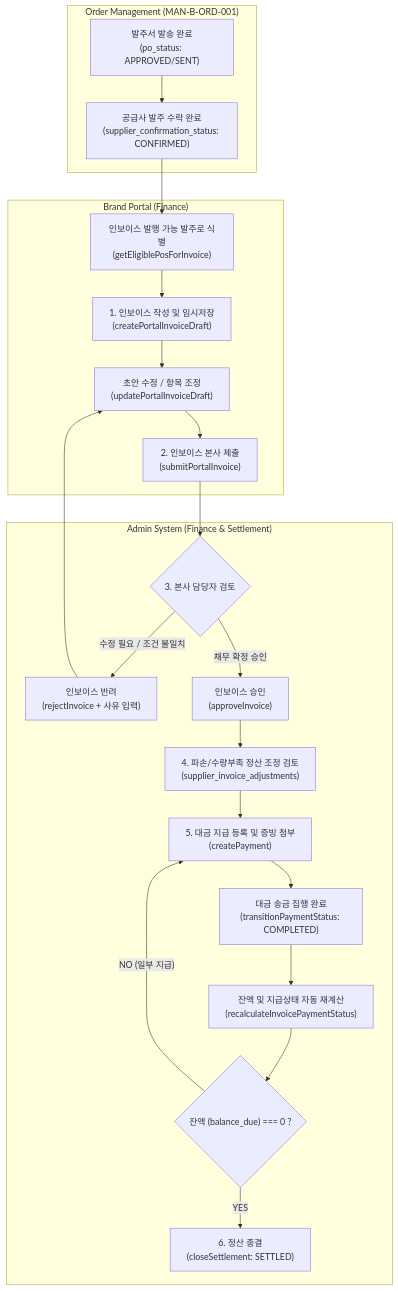
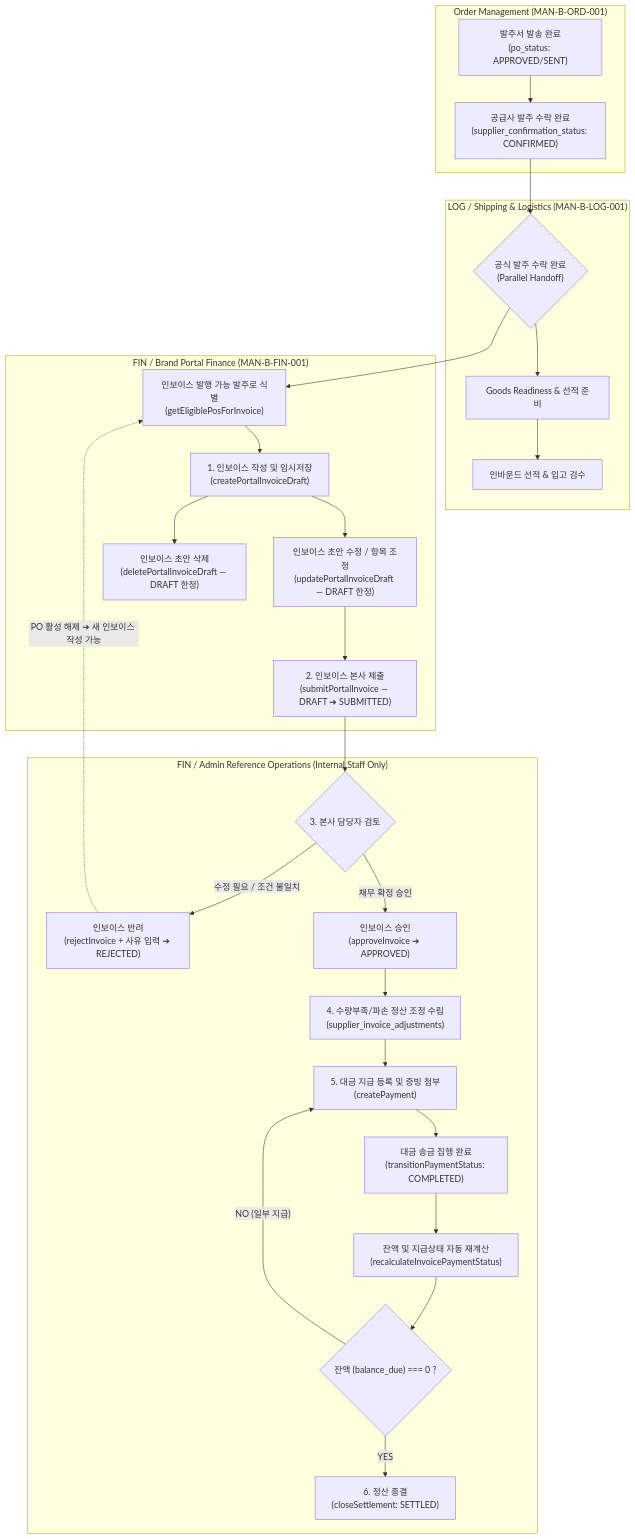
The diagram in Manuals/MAN-B-FIN-001_Finance-Settlement/01_SOURCE/MAN-B-FIN-001_Workflow_Map.md (chaehahm-Kr/KBGP-Portal), drawn with Mermaid before and after one commit. The commit also changed other lines of this file and 3 other files, not shown here.

Commit message:
docs(manual): MAN-B-FIN-001-SRC-001-R1 source integrity review and correction

````diff
--- a/Manuals/MAN-B-FIN-001_Finance-Settlement/01_SOURCE/MAN-B-FIN-001_Workflow_Map.md
+++ b/Manuals/MAN-B-FIN-001_Finance-Settlement/01_SOURCE/MAN-B-FIN-001_Workflow_Map.md
@@ -14,30 +14,38 @@
 ```mermaid
 flowchart TD
     subgraph ORD_SYSTEM["Order Management (MAN-B-ORD-001)"]
         PO_Sent["발주서 발송 완료<br/>(po_status: APPROVED/SENT)"] --> PO_Confirm["공급사 발주 수락 완료<br/>(supplier_confirmation_status: CONFIRMED)"]
     end
 
-    subgraph BRAND_PORTAL["Brand Portal (Finance)"]
-        PO_Confirm --> Inv_Eligible["인보이스 발행 가능 발주로 식별<br/>(getEligiblePosForInvoice)"]
-        Inv_Eligible --> Draft_Create["1. 인보이스 작성 및 임시저장<br/>(createPortalInvoiceDraft)"]
-        Draft_Create --> Draft_Edit["초안 수정 / 항목 조정<br/>(updatePortalInvoiceDraft)"]
-        Draft_Edit --> Inv_Submit["2. 인보이스 본사 제출<br/>(submitPortalInvoice)"]
+    PO_Confirm --> PARALLEL_HANDOFF{"공식 발주 수락 완료<br/>(Parallel Handoff)"}
+
+    subgraph LOG_SYSTEM["LOG / Shipping & Logistics (MAN-B-LOG-001)"]
+        PARALLEL_HANDOFF --> Goods_Ready["Goods Readiness & 선적 준비"]
+        Goods_Ready --> Inbound_Shipment["인바운드 선적 & 입고 검수"]
     end
 
-    subgraph ADMIN_SYSTEM["Admin System (Finance & Settlement)"]
+    subgraph BRAND_PORTAL["FIN / Brand Portal Finance (MAN-B-FIN-001)"]
+        PARALLEL_HANDOFF --> Inv_Eligible["인보이스 발행 가능 발주로 식별<br/>(getEligiblePosForInvoice)"]
+        Inv_Eligible --> Draft_Create["1. 인보이스 작성 및 임시저장<br/>(createPortalInvoiceDraft)"]
+        Draft_Create --> Draft_Edit["인보이스 초안 수정 / 항목 조정<br/>(updatePortalInvoiceDraft — DRAFT 한정)"]
+        Draft_Edit --> Inv_Submit["2. 인보이스 본사 제출<br/>(submitPortalInvoice — DRAFT ➔ SUBMITTED)"]
+        Draft_Create --> Draft_Delete["인보이스 초안 삭제<br/>(deletePortalInvoiceDraft — DRAFT 한정)"]
+    end
+
+    subgraph ADMIN_SYSTEM["FIN / Admin Reference Operations (Internal Staff Only)"]
         Inv_Submit --> Admin_Review{"3. 본사 담당자 검토"}
-        Admin_Review -- "수정 필요 / 조건 불일치" --> Admin_Reject["인보이스 반려<br/>(rejectInvoice + 사유 입력)"]
-        Admin_Review -- "채무 확정 승인" --> Admin_Approve["인보이스 승인<br/>(approveInvoice)"]
+        Admin_Review -- "수정 필요 / 조건 불일치" --> Admin_Reject["인보이스 반려<br/>(rejectInvoice + 사유 입력 ➔ REJECTED)"]
+        Admin_Review -- "채무 확정 승인" --> Admin_Approve["인보이스 승인<br/>(approveInvoice ➔ APPROVED)"]
         
-        Admin_Approve --> Adj_Review["4. 파손/수량부족 정산 조정 검토<br/>(supplier_invoice_adjustments)"]
+        Admin_Approve --> Adj_Review["4. 수량부족/파손 정산 조정 수립<br/>(supplier_invoice_adjustments)"]
         Adj_Review --> Pmt_Register["5. 대금 지급 등록 및 증빙 첨부<br/>(createPayment)"]
         Pmt_Register --> Pmt_Execute["대금 송금 집행 완료<br/>(transitionPaymentStatus: COMPLETED)"]
         Pmt_Execute --> Recalc["잔액 및 지급상태 자동 재계산<br/>(recalculateInvoicePaymentStatus)"]
         
         Recalc --> Balance_Check{"잔액 (balance_due) === 0 ?"}
         Balance_Check -- YES --> Close_Settlement["6. 정산 종결<br/>(closeSettlement: SETTLED)"]
         Balance_Check -- NO (일부 지급) --> Pmt_Register
     end
 
-    Admin_Reject --> Draft_Edit
+    Admin_Reject -. "PO 활성 해제 ➔ 새 인보이스 작성 가능" .-> Inv_Eligible
 ```
````
